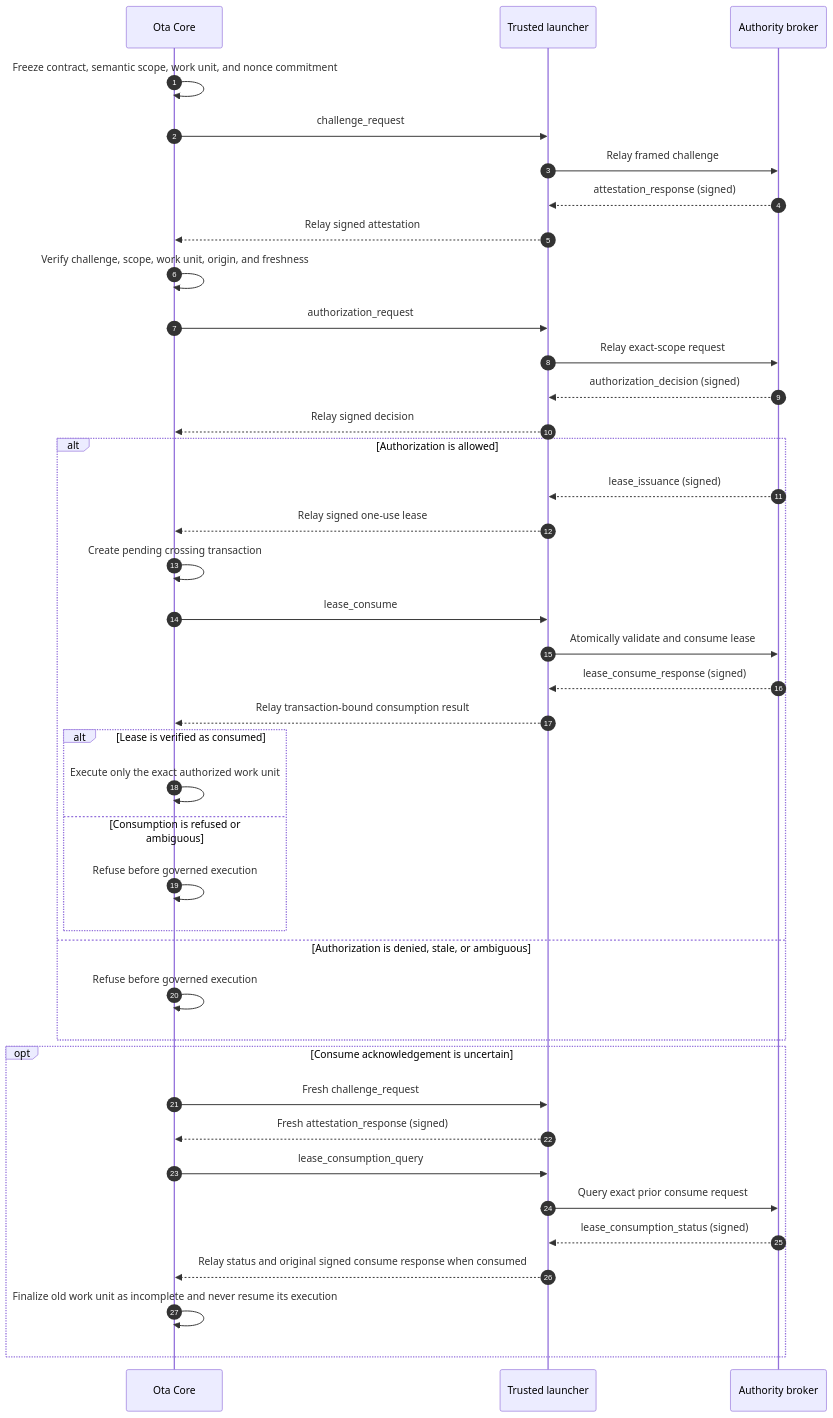
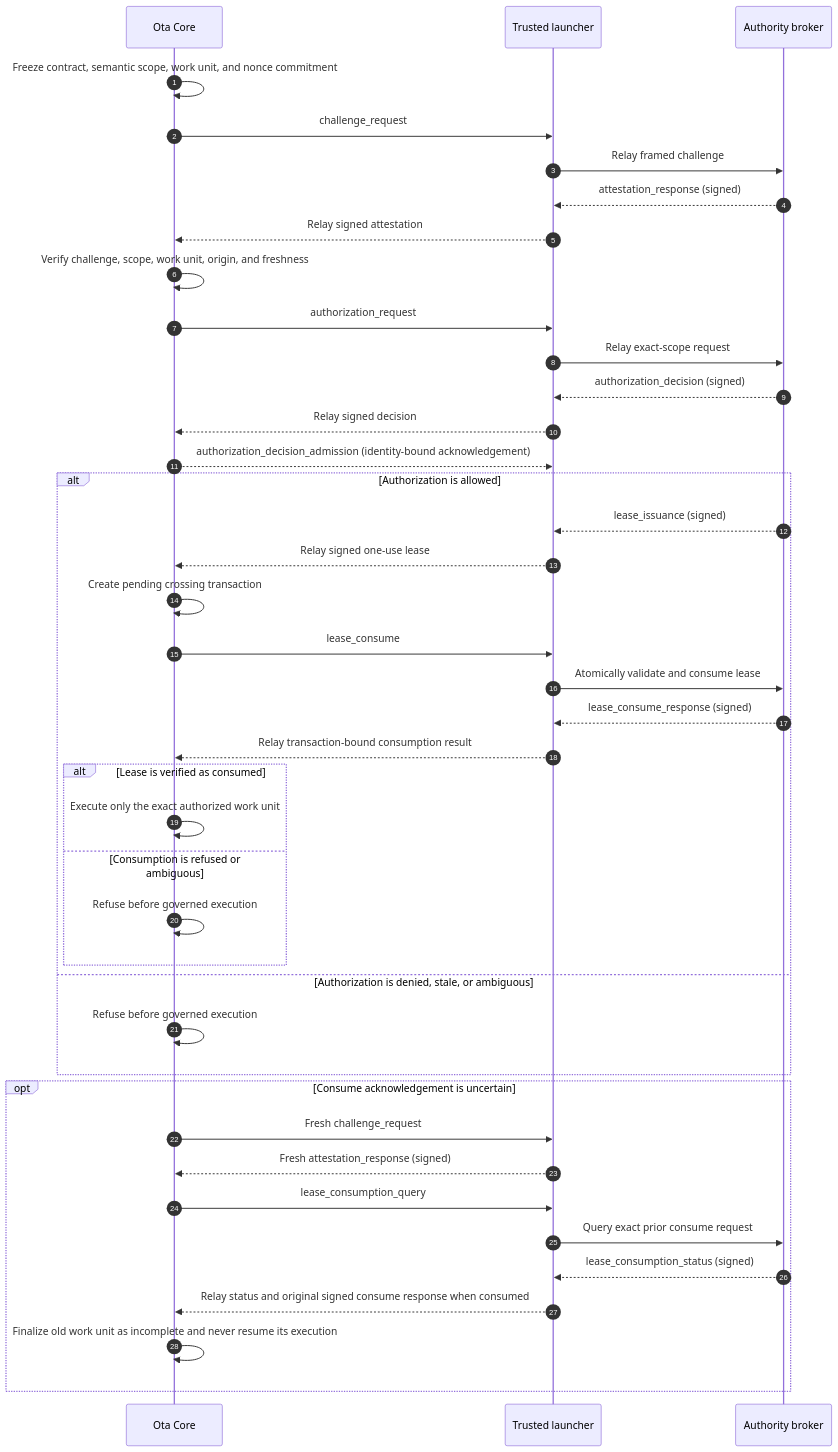
Before and after one commit to ota-run/authority-protocol: the diagram in README.md, drawn with Mermaid. The commit also changed other lines of this file and 2 other files, not shown here.

Commit message:
feat: bind authorization decision relay evidence

````diff
--- a/README.md
+++ b/README.md
@@ -54,46 +54,47 @@
 ```mermaid
 sequenceDiagram
     autonumber
     participant Core as Ota Core
     participant Launcher as Trusted launcher
     participant Broker as Authority broker
 
     Core->>Core: Freeze contract, semantic scope, work unit, and nonce commitment
     Core->>Launcher: challenge_request
     Launcher->>Broker: Relay framed challenge
     Broker-->>Launcher: attestation_response (signed)
     Launcher-->>Core: Relay signed attestation
     Core->>Core: Verify challenge, scope, work unit, origin, and freshness
 
     Core->>Launcher: authorization_request
     Launcher->>Broker: Relay exact-scope request
     Broker-->>Launcher: authorization_decision (signed)
     Launcher-->>Core: Relay signed decision
+    Core-->>Launcher: authorization_decision_admission (identity-bound acknowledgement)
 
     alt Authorization is allowed
         Broker-->>Launcher: lease_issuance (signed)
         Launcher-->>Core: Relay signed one-use lease
         Core->>Core: Create pending crossing transaction
         Core->>Launcher: lease_consume
         Launcher->>Broker: Atomically validate and consume lease
         Broker-->>Launcher: lease_consume_response (signed)
         Launcher-->>Core: Relay transaction-bound consumption result
         alt Lease is verified as consumed
             Core->>Core: Execute only the exact authorized work unit
         else Consumption is refused or ambiguous
             Core->>Core: Refuse before governed execution
         end
     else Authorization is denied, stale, or ambiguous
         Core->>Core: Refuse before governed execution
     end
 
     opt Consume acknowledgement is uncertain
         Core->>Launcher: Fresh challenge_request
         Launcher-->>Core: Fresh attestation_response (signed)
         Core->>Launcher: lease_consumption_query
         Launcher->>Broker: Query exact prior consume request
         Broker-->>Launcher: lease_consumption_status (signed)
         Launcher-->>Core: Relay status and original signed consume response when consumed
         Core->>Core: Finalize old work unit as incomplete and never resume its execution
     end
 ```
````
